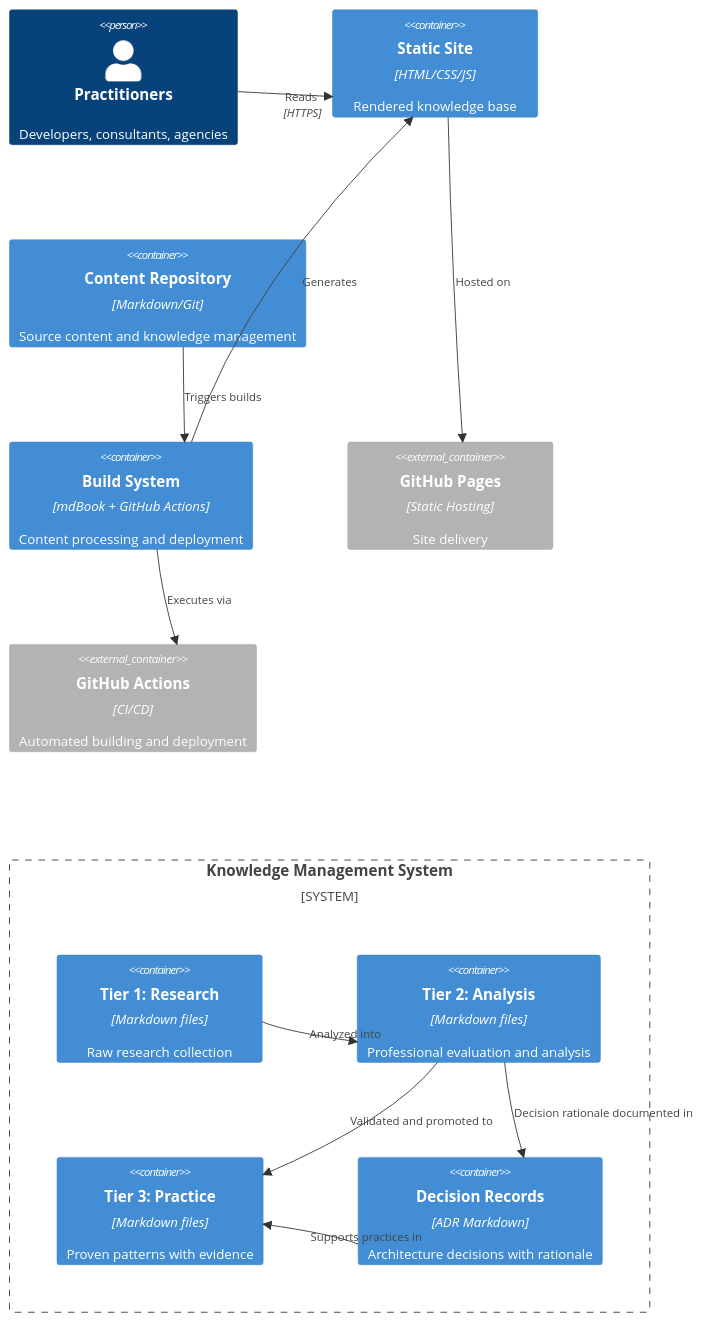
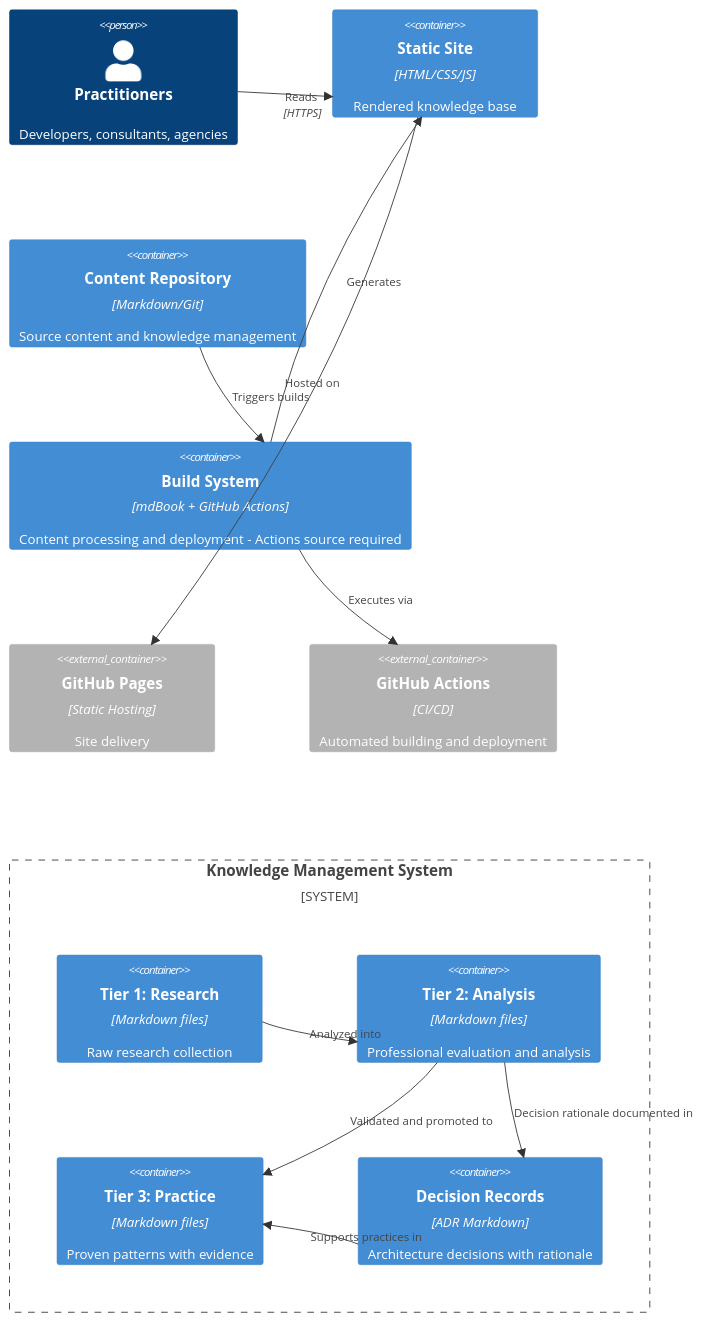
Before and after one commit to Szermer/QED: the second of 4 diagrams in C4_ARCHITECTURE.md, drawn with Mermaid. The commit also changed other lines of this file and 6 other files, not shown here.

````diff
--- a/C4_ARCHITECTURE.md
+++ b/C4_ARCHITECTURE.md
@@ -32,29 +32,29 @@
 ```mermaid
 C4Container
     Person(practitioners, "Practitioners", "Developers, consultants, agencies")
     
     Container(static_site, "Static Site", "HTML/CSS/JS", "Rendered knowledge base")
     Container(content_repo, "Content Repository", "Markdown/Git", "Source content and knowledge management")
-    Container(build_system, "Build System", "mdBook + GitHub Actions", "Content processing and deployment")
+    Container(build_system, "Build System", "mdBook + GitHub Actions", "Content processing and deployment - Actions source required")
     
     Container_Ext(github_pages, "GitHub Pages", "Static Hosting", "Site delivery")
     Container_Ext(github_actions, "GitHub Actions", "CI/CD", "Automated building and deployment")
     
     System_Boundary(knowledge_tiers, "Knowledge Management System") {
         Container(tier1, "Tier 1: Research", "Markdown files", "Raw research collection")
         Container(tier2, "Tier 2: Analysis", "Markdown files", "Professional evaluation and analysis")
         Container(tier3, "Tier 3: Practice", "Markdown files", "Proven patterns with evidence")
         Container(decisions, "Decision Records", "ADR Markdown", "Architecture decisions with rationale")
     }
     
     Rel(practitioners, static_site, "Reads", "HTTPS")
     Rel(static_site, github_pages, "Hosted on")
     Rel(content_repo, build_system, "Triggers builds")
     Rel(build_system, github_actions, "Executes via")
     Rel(build_system, static_site, "Generates")
     
     Rel(tier1, tier2, "Analyzed into")
     Rel(tier2, tier3, "Validated and promoted to")
     Rel(tier2, decisions, "Decision rationale documented in")
     Rel(decisions, tier3, "Supports practices in")
 ```
````
